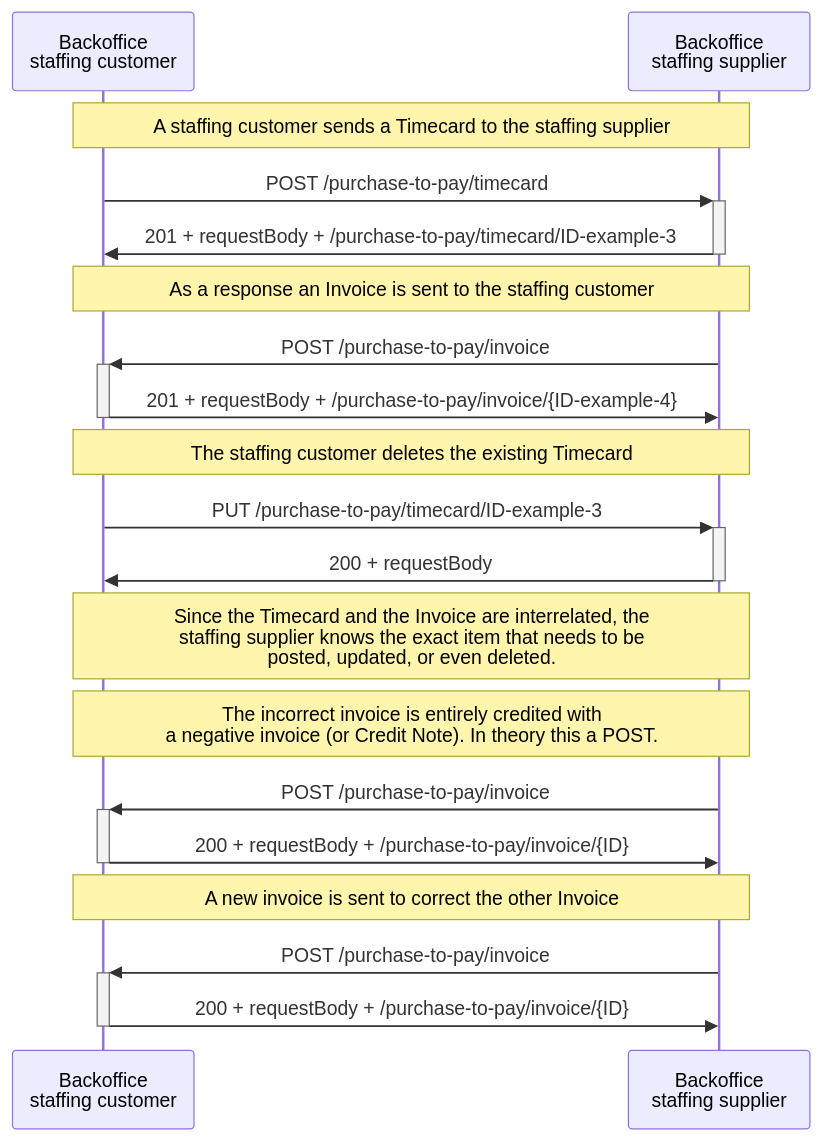
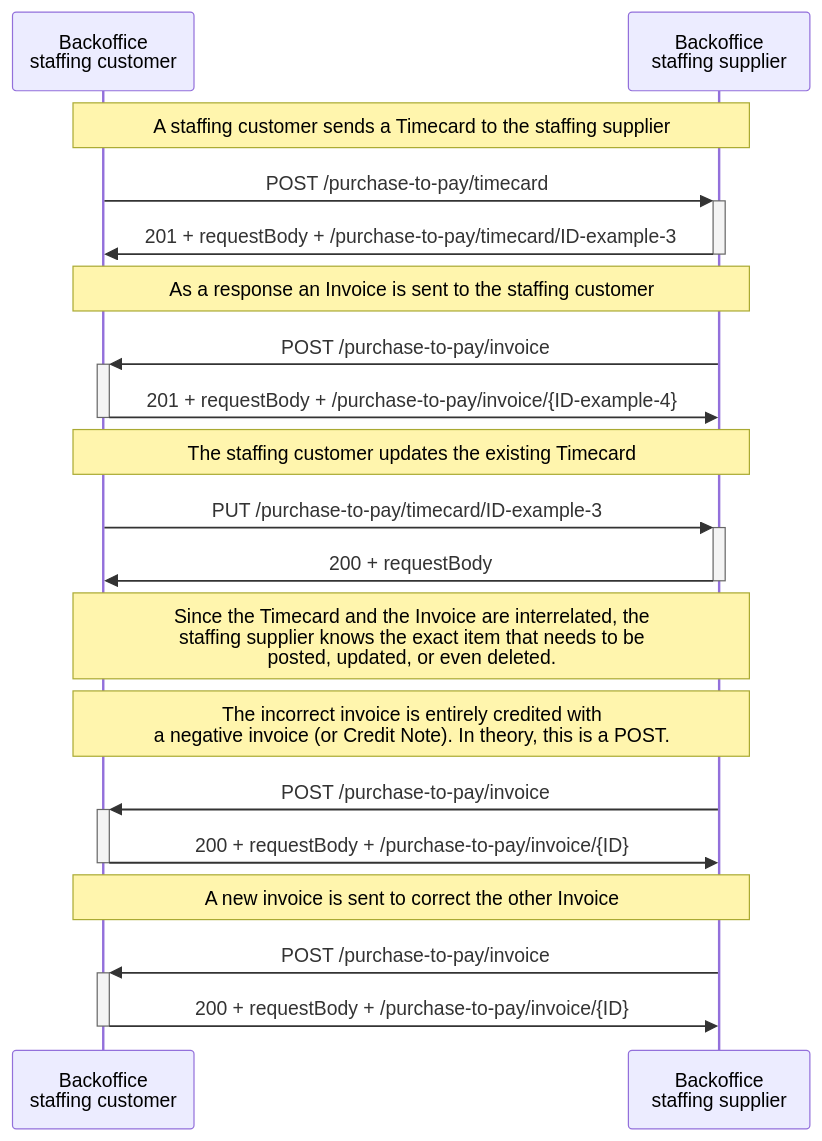
One commit to setu-standards/documentation changed the fifth of 5 diagrams in app/docs/purchase-to-pay-v2/SequenceDiagrams.md. Above: the diagram before and after it, drawn with Mermaid. The commit also changed other lines of this file and 7 other files, not shown here.

````diff
--- a/app/docs/purchase-to-pay-v2/SequenceDiagrams.md
+++ b/app/docs/purchase-to-pay-v2/SequenceDiagrams.md
@@ -230,28 +152,28 @@
 ```mermaid
 sequenceDiagram
     participant Customer as Backoffice <br/> staffing customer
     participant Supplier as Backoffice <br/> staffing supplier
     
     Note over Customer,Supplier: A staffing customer sends a Timecard to the staffing supplier
     Customer ->>+ Supplier: POST /purchase-to-pay/timecard
     Supplier ->>- Customer: 201 + requestBody + /purchase-to-pay/timecard/ID-example-3
 
     Note over Customer,Supplier: As a response an Invoice is sent to the staffing customer
     Supplier ->>+ Customer: POST /purchase-to-pay/invoice
     Customer ->>- Supplier: 201 + requestBody + /purchase-to-pay/invoice/{ID-example-4}
 
-    Note over Customer,Supplier: The staffing customer deletes the existing Timecard
+    Note over Customer,Supplier: The staffing customer updates the existing Timecard
     Customer ->>+ Supplier: PUT /purchase-to-pay/timecard/ID-example-3
     Supplier ->>- Customer: 200 + requestBody 
 
     Note over Customer,Supplier: Since the Timecard and the Invoice are interrelated, the <br/> staffing supplier knows the exact item that needs to be <br/> posted, updated, or even deleted. 
 
-    Note over Customer,Supplier: The incorrect invoice is entirely credited with <br/> a negative invoice (or Credit Note). In theory this a POST.
+    Note over Customer,Supplier: The incorrect invoice is entirely credited with <br/> a negative invoice (or Credit Note). In theory, this is a POST.
     Supplier ->>+ Customer: POST /purchase-to-pay/invoice
     Customer ->>- Supplier: 200 + requestBody + /purchase-to-pay/invoice/{ID}
 
     Note over Customer,Supplier: A new invoice is sent to correct the other Invoice
     Supplier ->>+ Customer: POST /purchase-to-pay/invoice
     Customer ->>- Supplier: 200 + requestBody + /purchase-to-pay/invoice/{ID}
 
 ```
````
